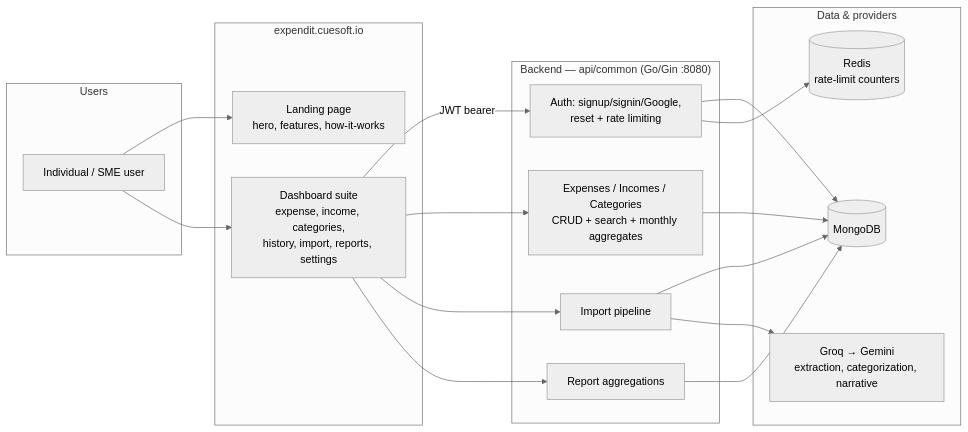
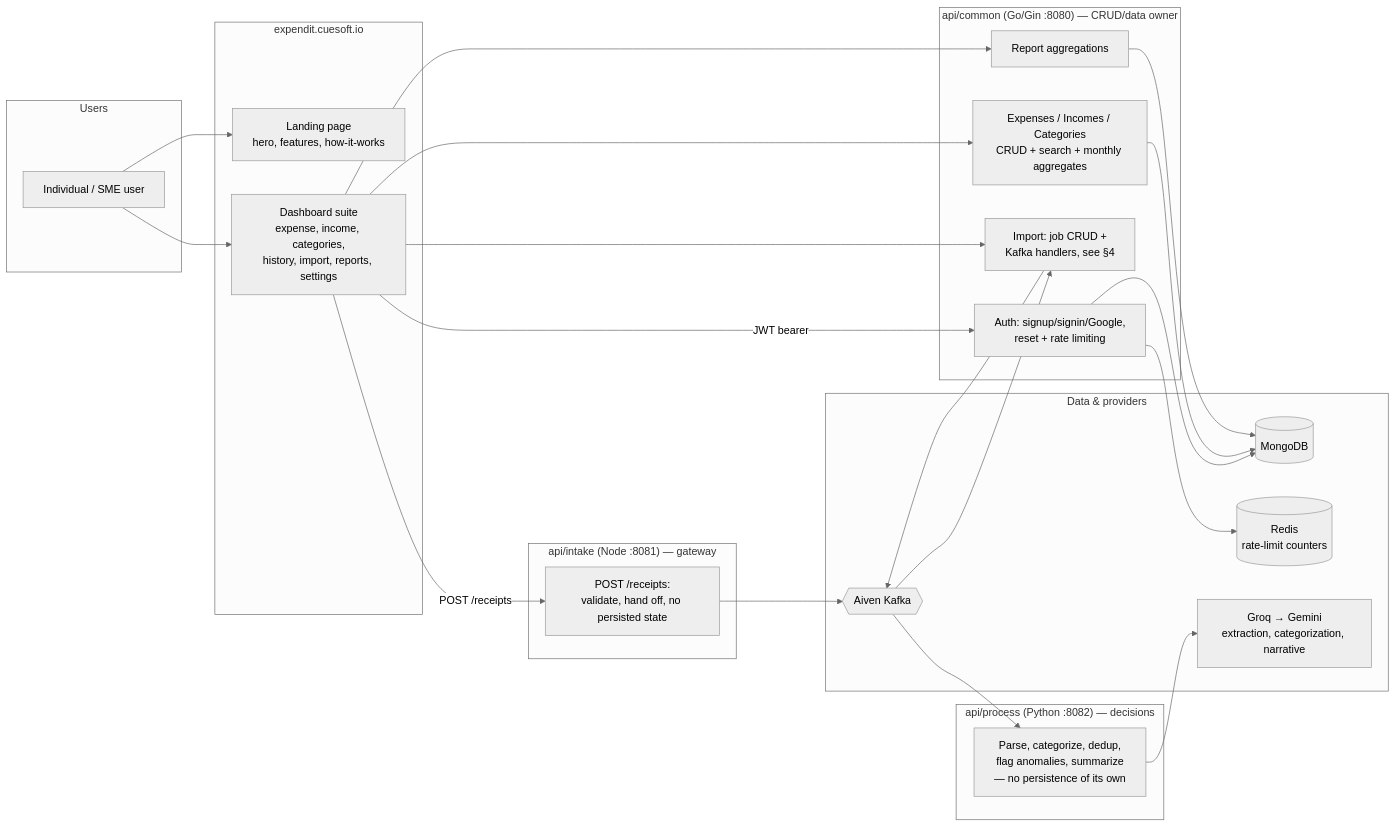
The first of 7 diagrams in docs/architecture.md (cuesoftinc/expendit), drawn with Mermaid (neutral theme) before and after one commit. The commit also changed other lines of this file and 68 other files, not shown here.

````diff
--- a/docs/architecture.md
+++ b/docs/architecture.md
@@ -7,37 +7,50 @@
 ```mermaid
 flowchart LR
     subgraph Users
         U[Individual / SME user]
     end
 
     subgraph expendit.cuesoft.io
         LAND[Landing page<br/>hero, features, how-it-works]
         DASH[Dashboard suite<br/>expense, income, categories,<br/>history, import, reports, settings]
     end
 
-    subgraph BE["Backend — api/common (Go/Gin :8080)"]
+    subgraph BE["api/common (Go/Gin :8080) — CRUD/data owner"]
         AUTH[Auth: signup/signin/Google,<br/>reset + rate limiting]
         LEDGER[Expenses / Incomes / Categories<br/>CRUD + search + monthly aggregates]
-        IMPORT[Import pipeline]
+        IMPORTC[Import: job CRUD +<br/>Kafka handlers, see §4]
         REPORT[Report aggregations]
+    end
+
+    subgraph INTAKE["api/intake (Node :8081) — gateway"]
+        UPLOAD[POST /receipts:<br/>validate, hand off, no persisted state]
+    end
+
+    subgraph PROCESS["api/process (Python :8082) — decisions"]
+        DECIDE[Parse, categorize, dedup,<br/>flag anomalies, summarize<br/>— no persistence of its own]
     end
 
     subgraph Data & providers
         MG[(MongoDB)]
         RD[(Redis<br/>rate-limit counters)]
+        KFK{{Aiven Kafka}}
         AI[Groq → Gemini<br/>extraction, categorization, narrative]
     end
 
     U --> LAND
     U --> DASH
     DASH -->|JWT bearer| AUTH
     DASH --> LEDGER
-    DASH --> IMPORT
+    DASH -->|POST /receipts| UPLOAD
+    DASH --> IMPORTC
     DASH --> REPORT
     AUTH --> MG
     AUTH --> RD
     LEDGER --> MG
-    IMPORT --> MG
-    IMPORT --> AI
+    UPLOAD --> KFK
+    KFK --> IMPORTC
+    IMPORTC --> KFK
+    KFK --> DECIDE
+    DECIDE --> AI
     REPORT --> MG
 ```
````
